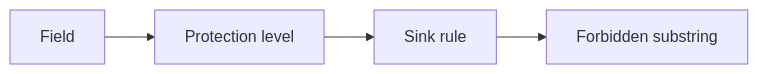
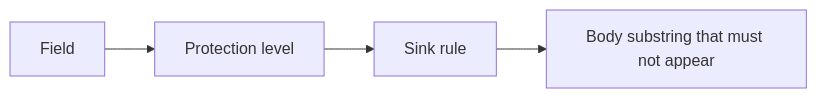
The diagram in content/modules/3/3.1/lessons/02-model.md (ishitvagoel/LearnSecurity), drawn with Mermaid before and after one commit. The commit also changed other lines of this file and 31 other files, not shown here.

````diff
--- a/content/modules/3/3.1/lessons/02-model.md
+++ b/content/modules/3/3.1/lessons/02-model.md
@@ -15,6 +18,6 @@
 ```mermaid
 flowchart LR
   Field[Field] --> Level[Protection level]
   Level --> Sink[Sink rule]
-  Sink --> Test[Forbidden substring]
+  Sink --> Test[Body substring that must not appear]
 ```
````
